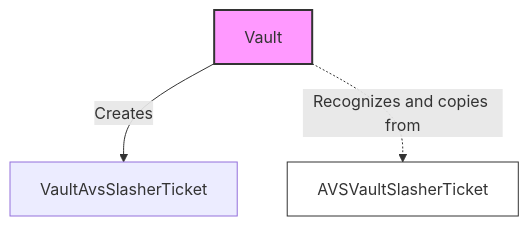
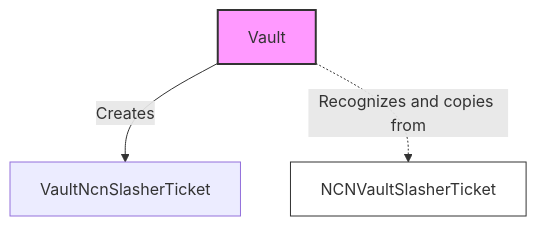
Before and after one commit to jito-foundation/restaking: the third of 4 diagrams in docs/concepts/vault_program.md, drawn with Mermaid. The commit also changed other lines of this file and 61 other files, not shown here.

Commit message:
rename avs -> ncn

````diff
--- a/docs/concepts/vault_program.md
+++ b/docs/concepts/vault_program.md
@@ -78,9 +78,9 @@
 ```mermaid
 graph TD
     classDef main fill: #f9f, stroke: #333, stroke-width: 2px;
     classDef ticket fill: #fff, stroke: #333, stroke-width: 1px;
     Vault[Vault]:::main
-    AvsVaultSlasherTicket[AVSVaultSlasherTicket]:::ticket
-    Vault -->|Creates| VaultAvsSlasherTicket
-    Vault -.->|Recognizes and copies from| AvsVaultSlasherTicket
+    NcnVaultSlasherTicket[NCNVaultSlasherTicket]:::ticket
+    Vault -->|Creates| VaultNcnSlasherTicket
+    Vault -.->|Recognizes and copies from| NcnVaultSlasherTicket
 ```
````
